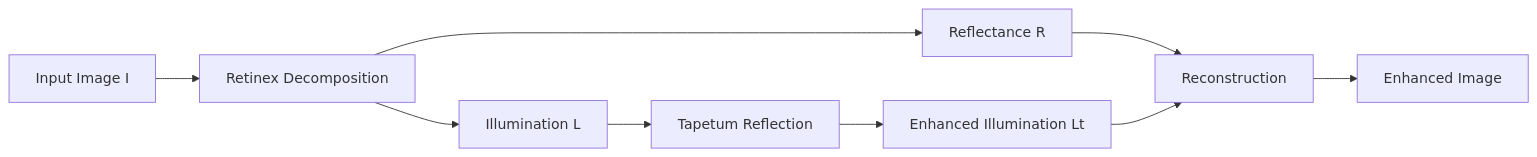
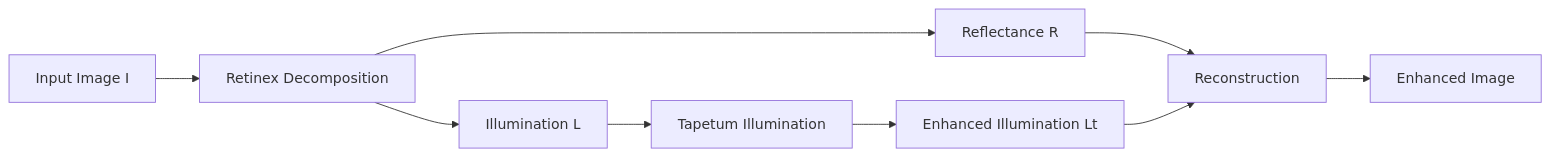
The second of 6 diagrams in README.md (muratdelen/TAPETUM), drawn with Mermaid before and after one commit. The commit also changed other lines of this file, not shown here.

````diff
--- a/README.md
+++ b/README.md
@@ -58,16 +58,16 @@
 ```mermaid
 flowchart LR
 
 A[Input Image I] --> B[Retinex Decomposition]
 
 B --> C[Reflectance R]
 B --> D[Illumination L]
 
-D --> E[Tapetum Reflection]
+D --> E[Tapetum Illumination]
 E --> F[Enhanced Illumination Lt]
 
 C --> G[Reconstruction]
 F --> G
 
 G --> H[Enhanced Image]
 ```
````
